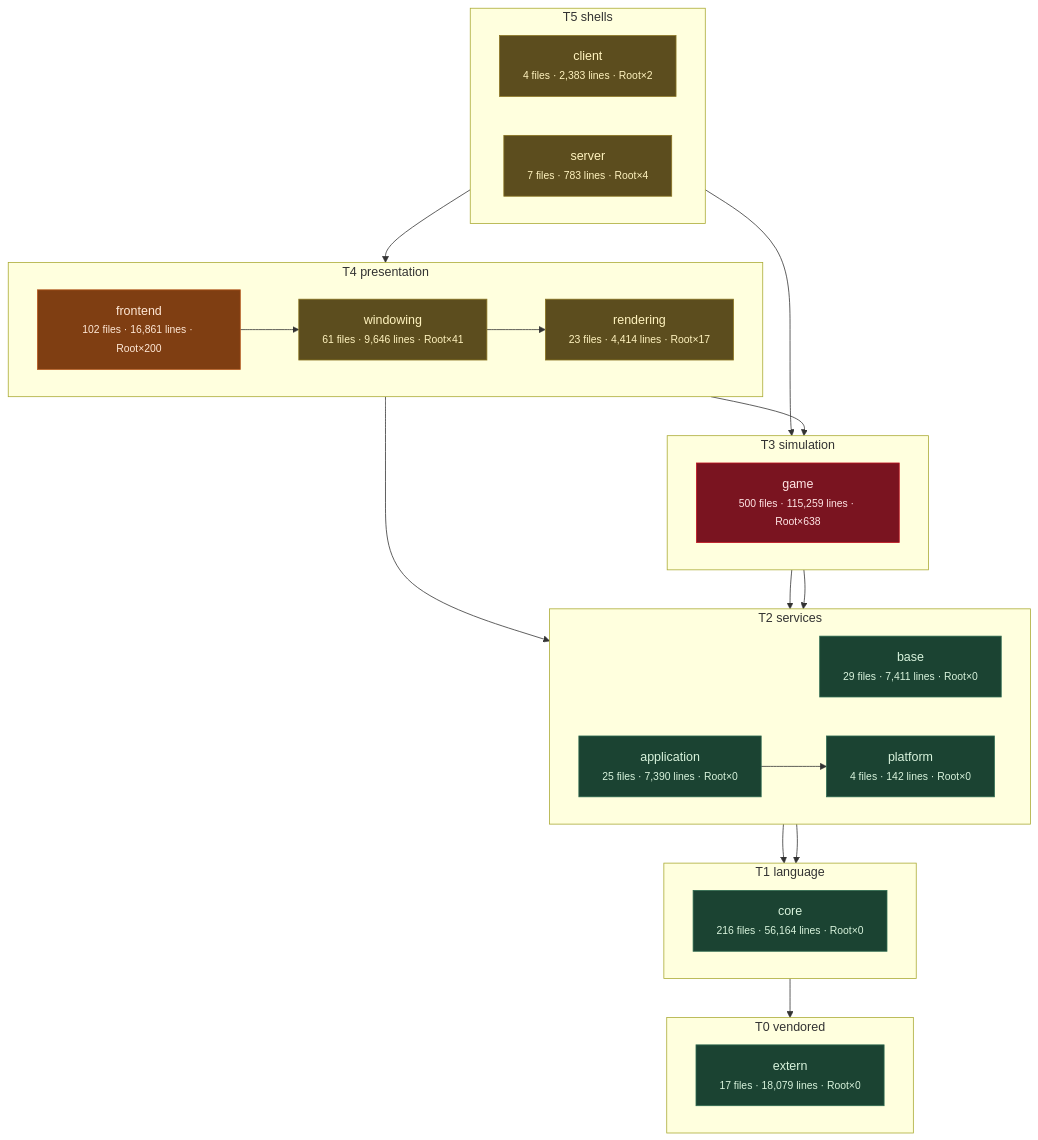
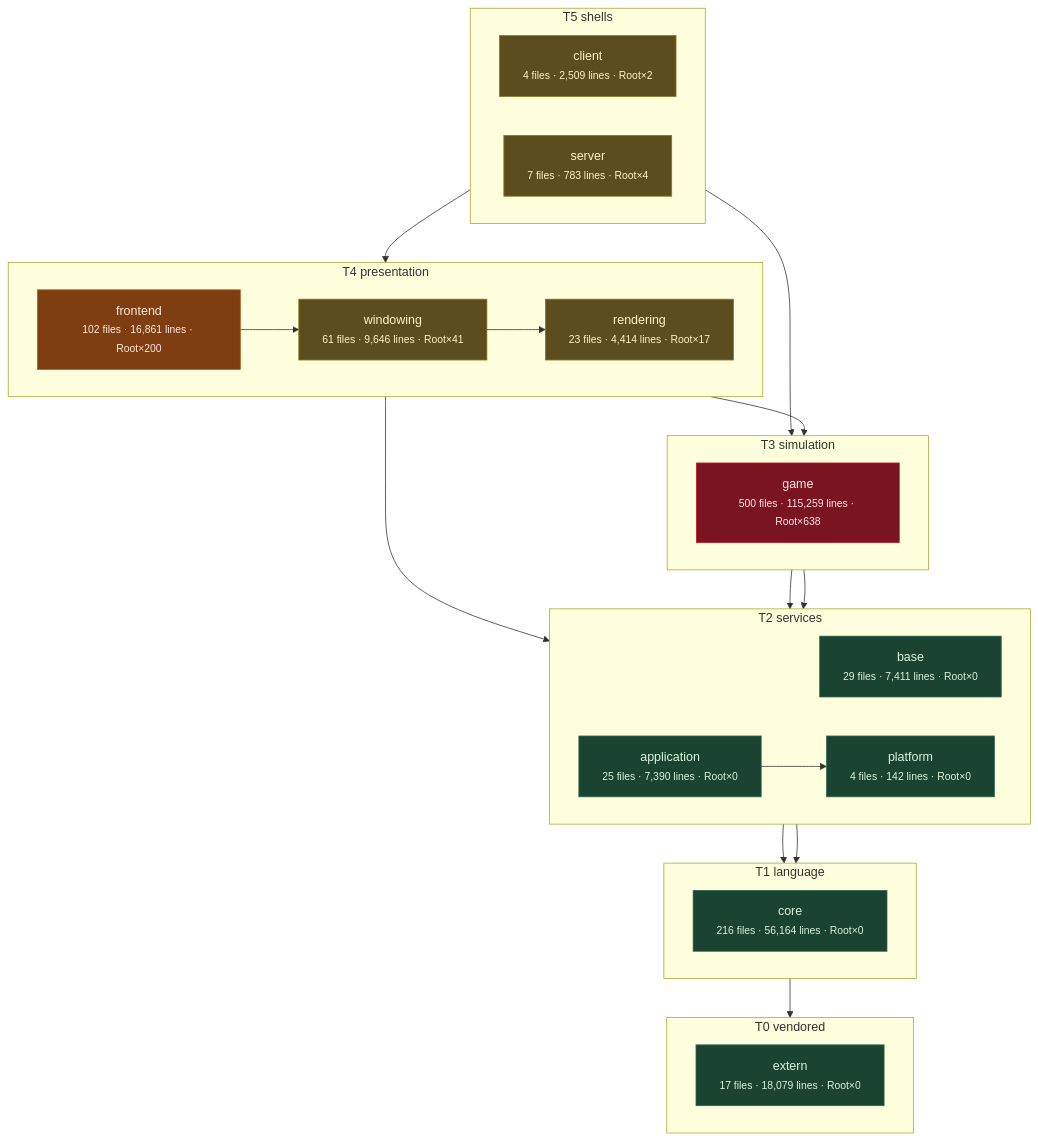
Before and after one commit to apnex/OpenStarbound: the third of 11 diagrams in docs/architecture/system-boundaries.md, drawn with Mermaid. The commit also changed other lines of this file, not shown here.

Commit message:
arch-graph: regenerate system-boundaries blocks after the harness change [#222]

````diff
--- a/docs/architecture/system-boundaries.md
+++ b/docs/architecture/system-boundaries.md
@@ -270,52 +270,52 @@
 ```mermaid
 flowchart TD
   subgraph T0["T0 vendored"]
     direction LR
     extern["extern<br/><small>17 files · 18,079 lines · Root×0</small>"]
   end
   subgraph T1["T1 language"]
     direction LR
     core["core<br/><small>216 files · 56,164 lines · Root×0</small>"]
   end
   subgraph T2["T2 services"]
     direction LR
     base["base<br/><small>29 files · 7,411 lines · Root×0</small>"]
     platform["platform<br/><small>4 files · 142 lines · Root×0</small>"]
     application["application<br/><small>25 files · 7,390 lines · Root×0</small>"]
   end
   subgraph T3["T3 simulation"]
     direction LR
     game["game<br/><small>500 files · 115,259 lines · Root×638</small>"]
   end
   subgraph T4["T4 presentation"]
     direction LR
     rendering["rendering<br/><small>23 files · 4,414 lines · Root×17</small>"]
     windowing["windowing<br/><small>61 files · 9,646 lines · Root×41</small>"]
     frontend["frontend<br/><small>102 files · 16,861 lines · Root×200</small>"]
   end
   subgraph T5["T5 shells"]
     direction LR
-    client["client<br/><small>4 files · 2,383 lines · Root×2</small>"]
+    client["client<br/><small>4 files · 2,509 lines · Root×2</small>"]
     server["server<br/><small>7 files · 783 lines · Root×4</small>"]
   end
   core --> extern
   base --> core
   platform --> core
   application --> platform
   game --> base
   game --> platform
   rendering --> application
   rendering --> game
   windowing --> rendering
   frontend --> windowing
   client --> frontend
   server --> game
   classDef clean fill:#1b4332,stroke:#2d6a4f,color:#d8f3dc
   classDef warm  fill:#5c4d1e,stroke:#8a7420,color:#fff3bf
   classDef hot   fill:#7f3e12,stroke:#b5561b,color:#ffe8d6
   classDef blaze fill:#7a1420,stroke:#c1121f,color:#ffe5e5
   class extern,core,base,platform,application clean
   class rendering,windowing,client,server warm
   class frontend hot
   class game blaze
 ```
````
